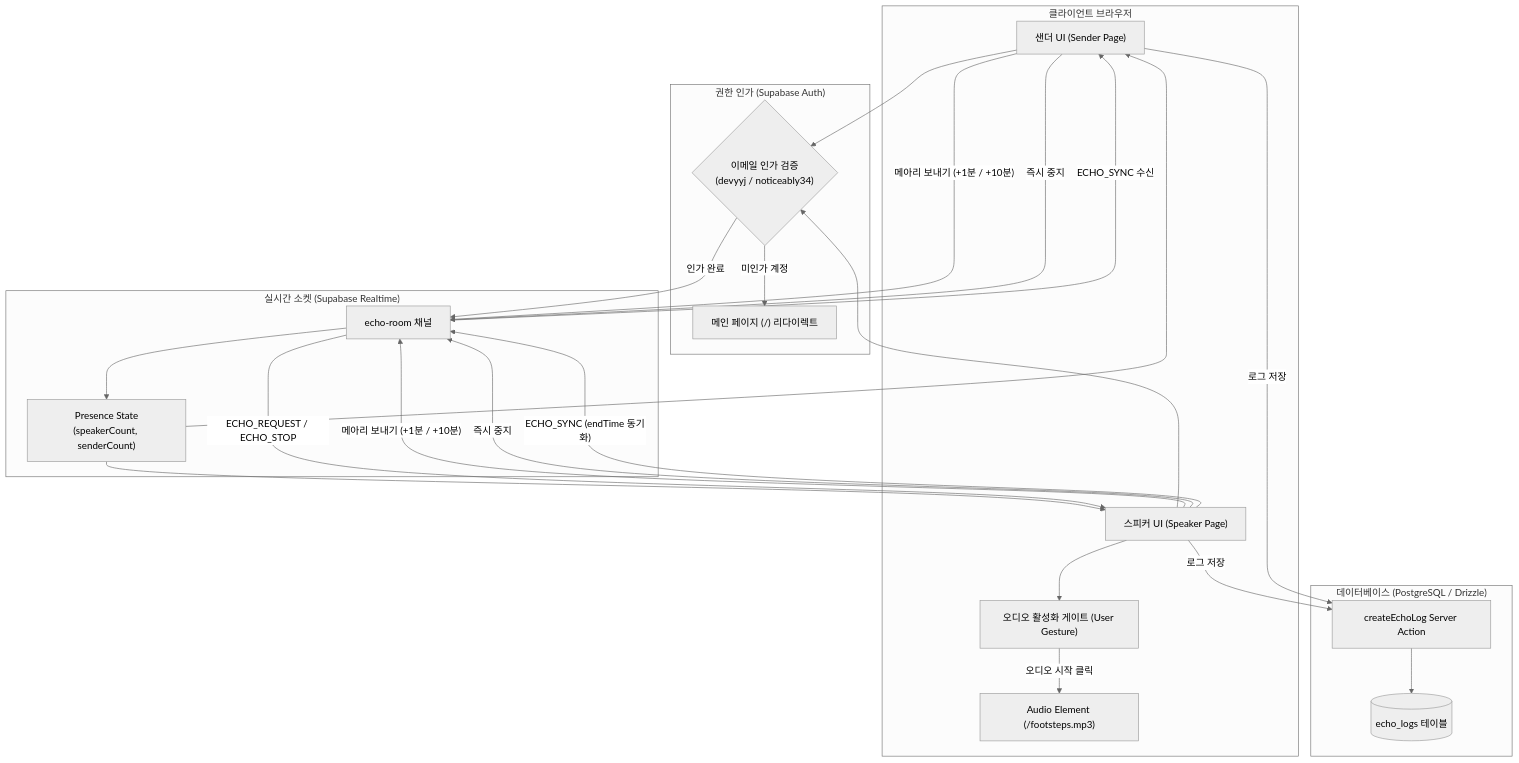
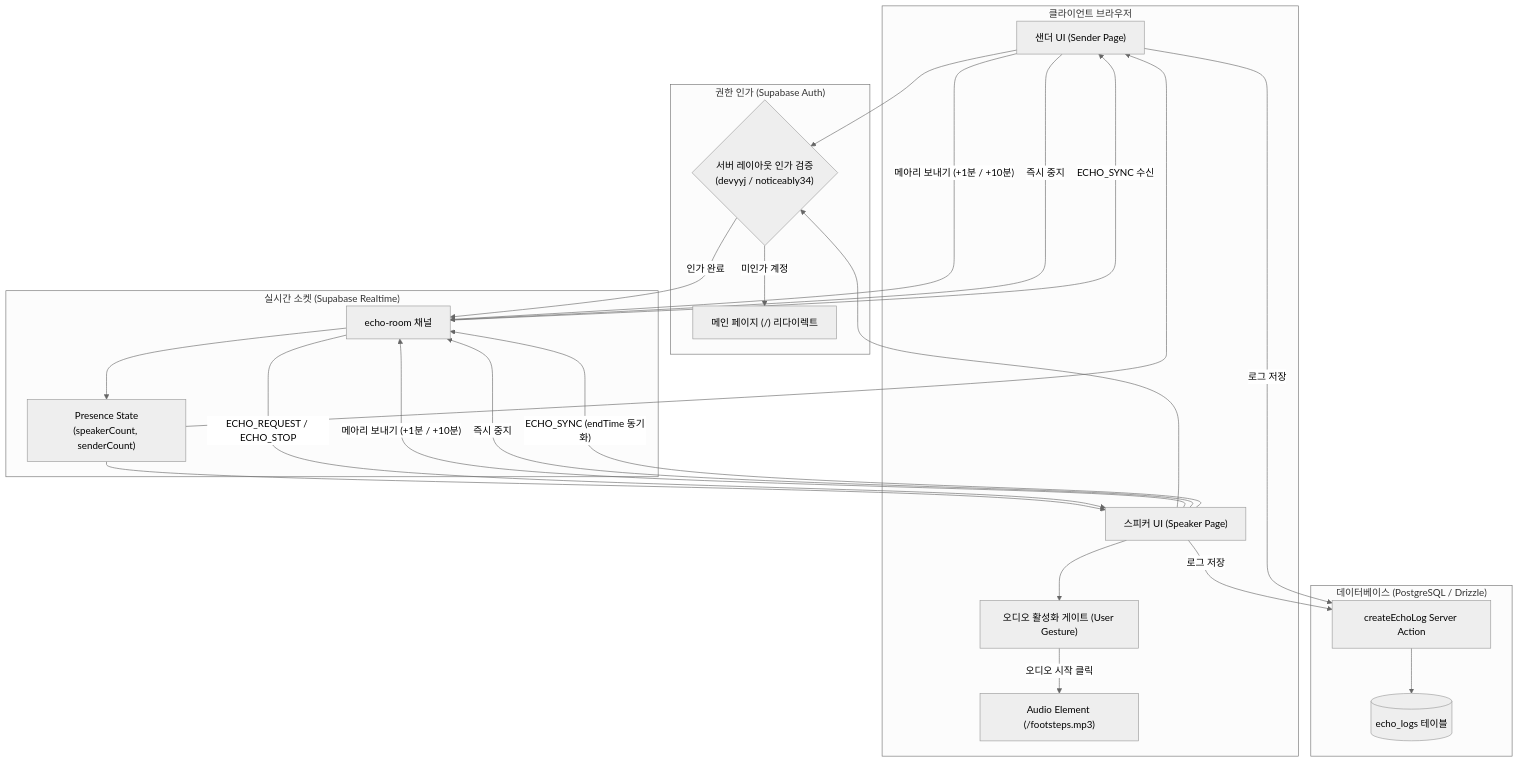
One commit to devyyj/joyopi changed the first of 2 diagrams in docs/02_메아리.md. Above: the diagram before and after it, drawn with Mermaid (neutral theme). The commit also changed other lines of this file and 142 other files, not shown here.

````diff
--- a/docs/02_메아리.md
+++ b/docs/02_메아리.md
@@ -24,49 +36,49 @@
 ```mermaid
 flowchart TD
     subgraph Client["클라이언트 브라우저"]
         SenderUI["샌더 UI (Sender Page)"]
         SpeakerUI["스피커 UI (Speaker Page)"]
         AudioGate["오디오 활성화 게이트 (User Gesture)"]
         AudioPlayer["Audio Element (/footsteps.mp3)"]
     end
 
     subgraph Auth["권한 인가 (Supabase Auth)"]
-        AuthCheck{"이메일 인가 검증\n(devyyj / noticeably34)"}
+        AuthCheck{"서버 레이아웃 인가 검증\n(devyyj / noticeably34)"}
         RedirectHome["메인 페이지 (/) 리다이렉트"]
     end
 
     subgraph Socket["실시간 소켓 (Supabase Realtime)"]
         EchoRoom["echo-room 채널"]
         Presence["Presence State\n(speakerCount, senderCount)"]
     end
 
     subgraph Database["데이터베이스 (PostgreSQL / Drizzle)"]
         ServerAction["createEchoLog Server Action"]
         EchoLogsDB[("echo_logs 테이블")]
     end
 
     SenderUI --> AuthCheck
     SpeakerUI --> AuthCheck
     AuthCheck -- "미인가 계정" --> RedirectHome
     AuthCheck -- "인가 완료" --> EchoRoom
 
     EchoRoom --> Presence
     Presence --> SenderUI
     Presence --> SpeakerUI
 
     SpeakerUI --> AudioGate
     AudioGate -- "오디오 시작 클릭" --> AudioPlayer
 
     SenderUI -- "메아리 보내기 (+1분 / +10분)" --> EchoRoom
     SpeakerUI -- "메아리 보내기 (+1분 / +10분)" --> EchoRoom
     SenderUI -- "즉시 중지" --> EchoRoom
     SpeakerUI -- "즉시 중지" --> EchoRoom
 
     EchoRoom -- "ECHO_REQUEST / ECHO_STOP" --> SpeakerUI
     SpeakerUI -- "ECHO_SYNC (endTime 동기화)" --> EchoRoom
     EchoRoom -- "ECHO_SYNC 수신" --> SenderUI
 
     SpeakerUI -- "로그 저장" --> ServerAction
     SenderUI -- "로그 저장" --> ServerAction
     ServerAction --> EchoLogsDB
 ```
````
